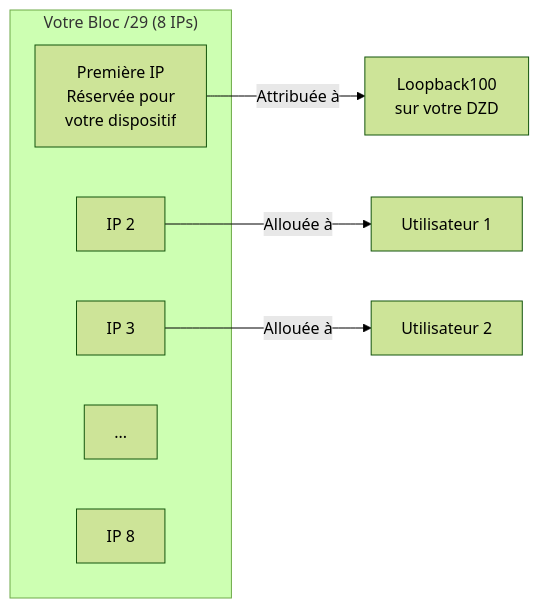
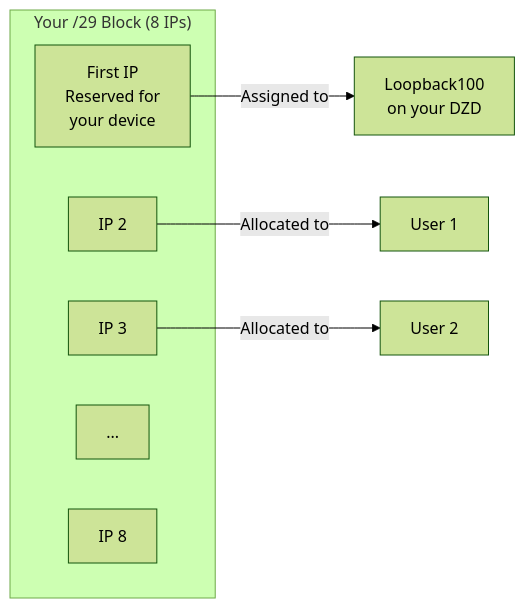
Before and after one commit to malbeclabs/docs: the second of 13 diagrams in docs/contribute-provisioning.fr.md, drawn with Mermaid (forest theme). The commit also changed other lines of this file and 160 other files, not shown here.

````diff
--- a/docs/contribute-provisioning.fr.md
+++ b/docs/contribute-provisioning.fr.md
@@ -82,14 +122,14 @@
 ```mermaid
 flowchart LR
-    subgraph "Votre Bloc /29 (8 IPs)"
-        IP1["Première IP<br/>Réservée pour<br/>votre dispositif"]
+    subgraph "Your /29 Block (8 IPs)"
+        IP1["First IP<br/>Reserved for<br/>your device"]
         IP2["IP 2"]
         IP3["IP 3"]
         IP4["..."]
         IP8["IP 8"]
     end
 
-    IP1 -->|Attribuée à| LO[Loopback100<br/>sur votre DZD]
-    IP2 -->|Allouée à| U1[Utilisateur 1]
-    IP3 -->|Allouée à| U2[Utilisateur 2]
+    IP1 -->|Assigned to| LO[Loopback100<br/>on your DZD]
+    IP2 -->|Allocated to| U1[User 1]
+    IP3 -->|Allocated to| U2[User 2]
 ```
````
